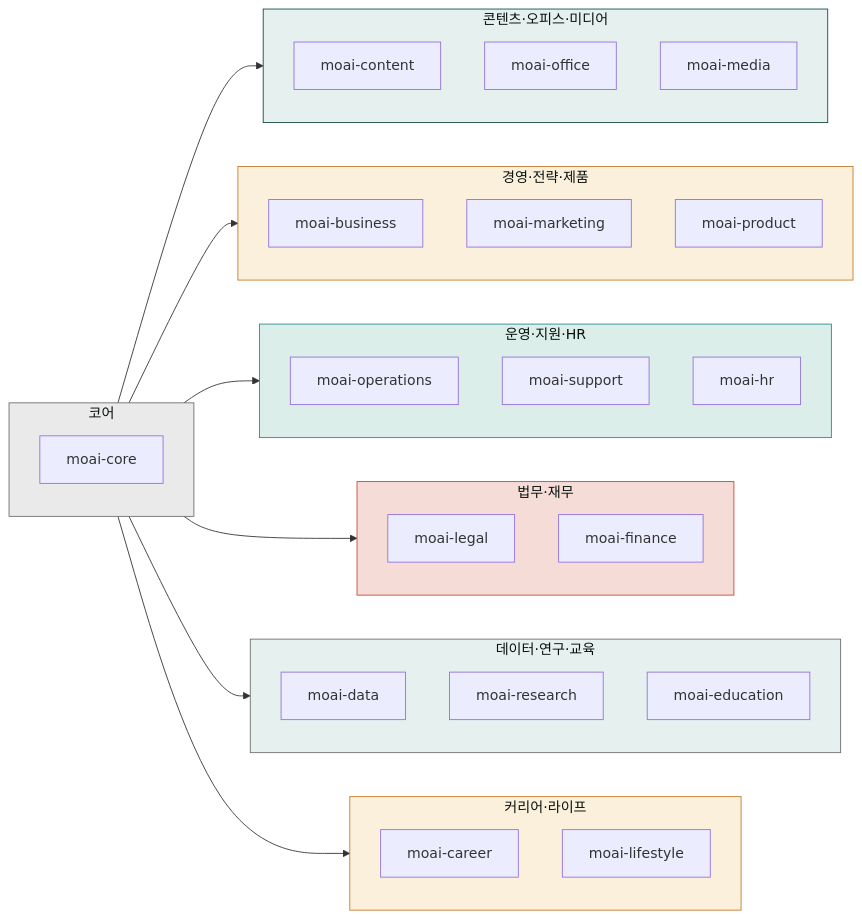
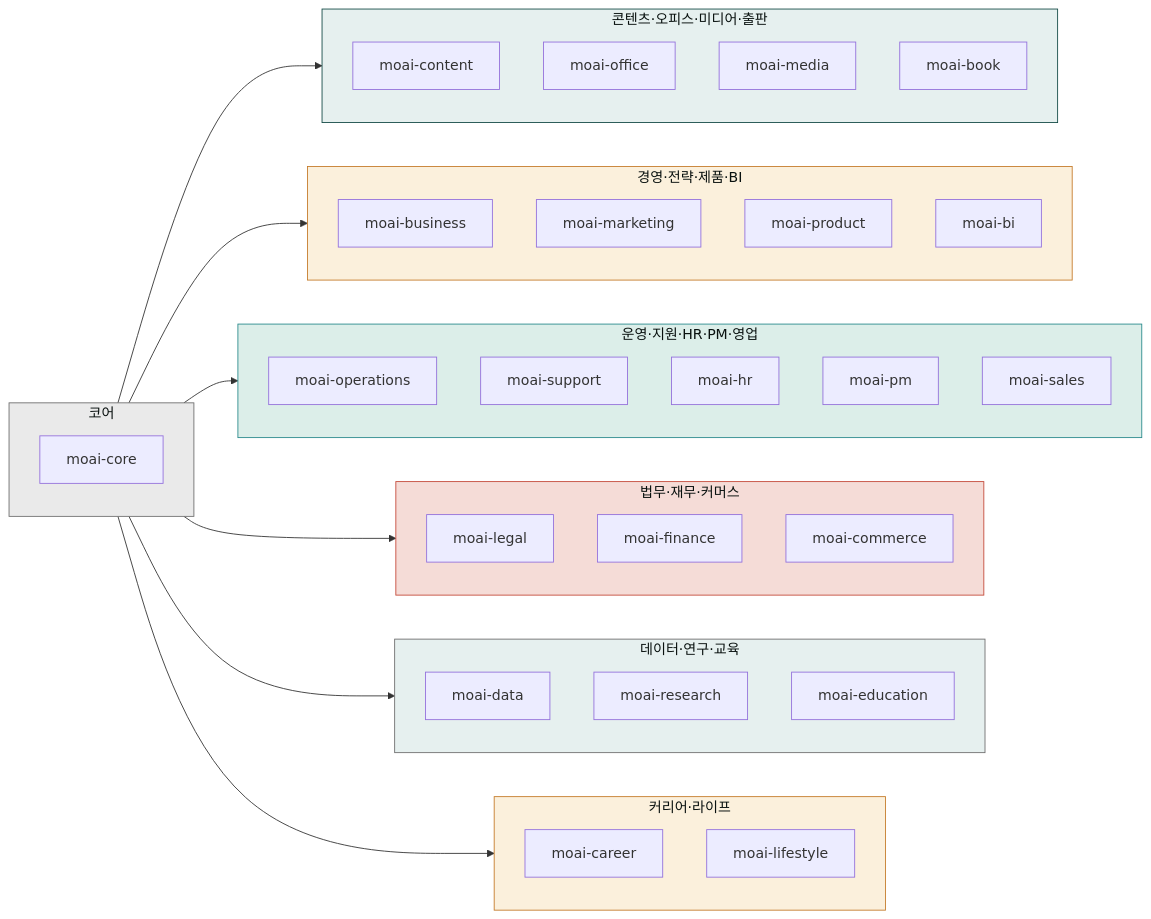
The diagram in content/plugins/_index.md (modu-ai/claude), drawn with Mermaid before and after one commit. The commit also changed other lines of this file and 40 other files, not shown here.

First line of the commit message:
chore(release): v2.10.0 — Wave 5 통합 + moai-book 신규 + 179 sync points

````diff
--- a/content/plugins/_index.md
+++ b/content/plugins/_index.md
@@ -13,49 +13,54 @@
 ```mermaid
 flowchart LR
     subgraph Core["코어"]
         MC[moai-core]
     end
-    subgraph Content["콘텐츠·오피스·미디어"]
+    subgraph Content["콘텐츠·오피스·미디어·출판"]
         MN[moai-content]
         MO[moai-office]
         MM[moai-media]
+        MBK[moai-book]
     end
-    subgraph Biz["경영·전략·제품"]
+    subgraph Biz["경영·전략·제품·BI"]
         MB[moai-business]
         MK[moai-marketing]
         MP[moai-product]
+        MBI[moai-bi]
     end
-    subgraph Ops["운영·지원·HR"]
+    subgraph Ops["운영·지원·HR·PM·영업"]
         MO2[moai-operations]
         MS[moai-support]
         MH[moai-hr]
+        MPM[moai-pm]
+        MSL[moai-sales]
     end
-    subgraph Legal["법무·재무"]
+    subgraph Legal["법무·재무·커머스"]
         ML[moai-legal]
         MF[moai-finance]
+        MCM[moai-commerce]
     end
     subgraph Data["데이터·연구·교육"]
         MD[moai-data]
         MR[moai-research]
         ME[moai-education]
     end
     subgraph Life["커리어·라이프"]
-        MC2[moai-career]
+        MCA[moai-career]
         ML2[moai-lifestyle]
     end
 
     Core --> Content
     Core --> Biz
     Core --> Ops
     Core --> Legal
     Core --> Data
     Core --> Life
 
     style Core fill:#eaeaea,stroke:#6e6e6e,color:#09110f
     style Content fill:#e6f0ef,stroke:#144a46,color:#09110f
     style Biz fill:#fbf0dc,stroke:#c47b2a,color:#09110f
     style Ops fill:#dceee9,stroke:#2a8a8c,color:#09110f
     style Legal fill:#f5dcd7,stroke:#c44a3a,color:#09110f
     style Data fill:#e6f0ef,stroke:#6e6e6e,color:#09110f
     style Life fill:#fbf0dc,stroke:#c47b2a,color:#09110f
 ```
````
